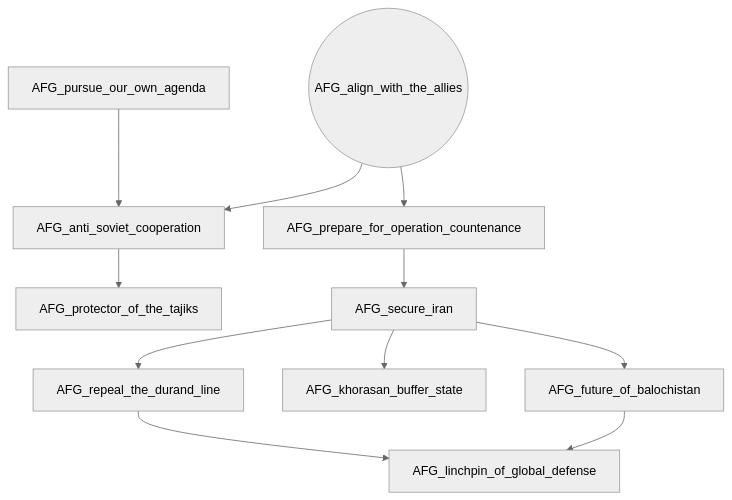
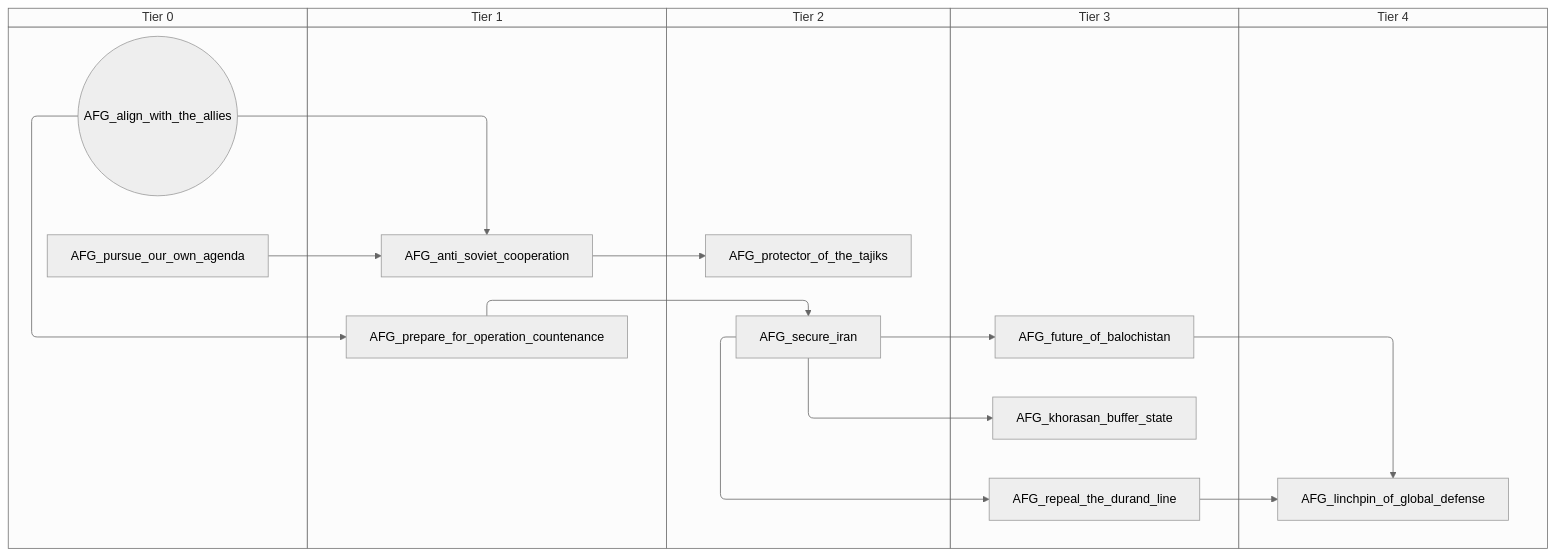
The third of 8 diagrams in docs/gdd/National Focuses/r56/afghanistan.md (evgeny-sobol/hoi4-sandbox-mode-r56), drawn with Mermaid (neutral theme) before and after one commit. The commit also changed other lines of this file and 423 other files, not shown here.

First line of the commit message:
Re-export Rt56 focus trees as swimlane diagrams

````diff
--- a/docs/gdd/National Focuses/r56/afghanistan.md
+++ b/docs/gdd/National Focuses/r56/afghanistan.md
@@ -247,23 +283,33 @@
 ```mermaid
-flowchart TD
-    n104(("AFG_align_with_the_allies"))
-    n105["AFG_anti_soviet_cooperation"]
-    n106["AFG_future_of_balochistan"]
-    n107["AFG_khorasan_buffer_state"]
-    n108["AFG_linchpin_of_global_defense"]
-    n109["AFG_prepare_for_operation_countenance"]
-    n110["AFG_protector_of_the_tajiks"]
-    n111["AFG_pursue_our_own_agenda"]
-    n112["AFG_repeal_the_durand_line"]
-    n113["AFG_secure_iran"]
-    n111 --> n105
-    n104 --> n105
-    n113 --> n106
-    n113 --> n107
-    n112 --> n108
+swimlane-beta TD
+    subgraph tier_0["Tier 0"]
+        n104(("AFG_align_with_the_allies"))
+        n105["AFG_pursue_our_own_agenda"]
+    end
+    subgraph tier_1["Tier 1"]
+        n106["AFG_anti_soviet_cooperation"]
+        n107["AFG_prepare_for_operation_countenance"]
+    end
+    subgraph tier_2["Tier 2"]
+        n108["AFG_protector_of_the_tajiks"]
+        n109["AFG_secure_iran"]
+    end
+    subgraph tier_3["Tier 3"]
+        n110["AFG_future_of_balochistan"]
+        n111["AFG_khorasan_buffer_state"]
+        n112["AFG_repeal_the_durand_line"]
+    end
+    subgraph tier_4["Tier 4"]
+        n113["AFG_linchpin_of_global_defense"]
+    end
+    n105 --> n106
+    n104 --> n106
+    n109 --> n110
+    n109 --> n111
+    n112 --> n113
+    n110 --> n113
+    n104 --> n107
     n106 --> n108
-    n104 --> n109
-    n105 --> n110
-    n113 --> n112
-    n109 --> n113
+    n109 --> n112
+    n107 --> n109
 ```
````
